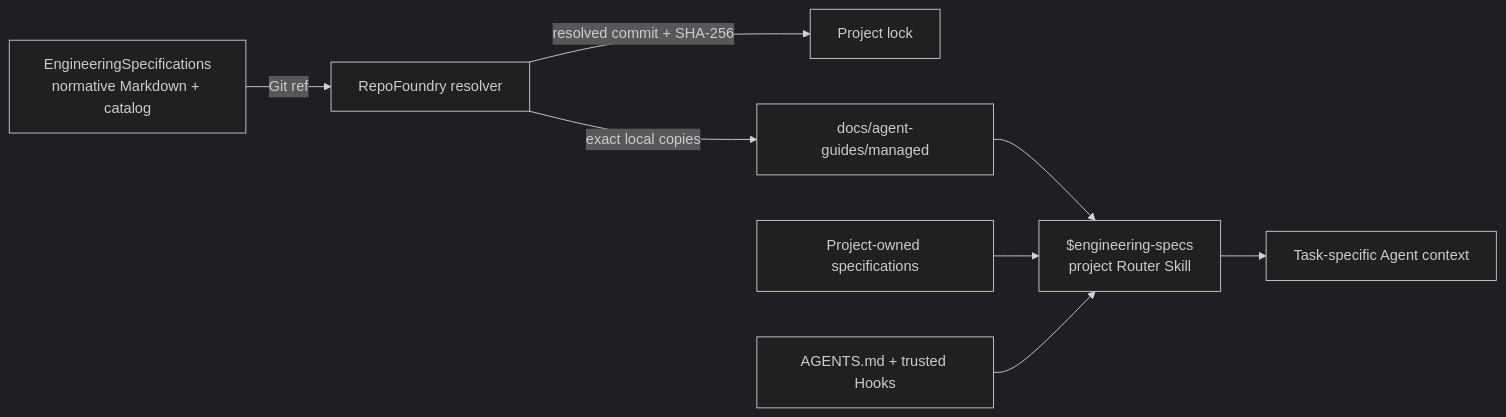
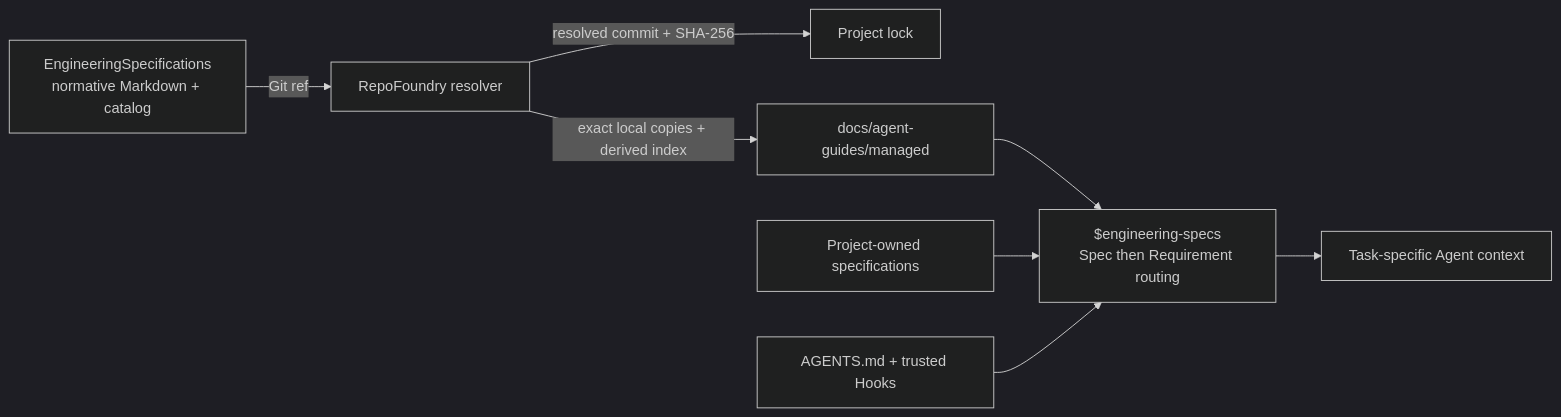
One commit to XiaoWeiKIN/EngineeringSpecifications changed the diagram in README.md. Above: the diagram before and after it, drawn with Mermaid (dark theme). The commit also changed other lines of this file and 18 other files, not shown here.

````diff
--- a/README.md
+++ b/README.md
@@ -13,10 +13,10 @@
 ```mermaid
 flowchart LR
     S["EngineeringSpecifications<br/>normative Markdown + catalog"] -->|"Git ref"| W["RepoFoundry resolver"]
     W -->|"resolved commit + SHA-256"| L["Project lock"]
-    W -->|"exact local copies"| M["docs/agent-guides/managed"]
-    M --> R["$engineering-specs<br/>project Router Skill"]
+    W -->|"exact local copies + derived index"| M["docs/agent-guides/managed"]
+    M --> R["$engineering-specs<br/>Spec then Requirement routing"]
     P["Project-owned specifications"] --> R
     A["AGENTS.md + trusted Hooks"] --> R
     R --> C["Task-specific Agent context"]
 ```
````
